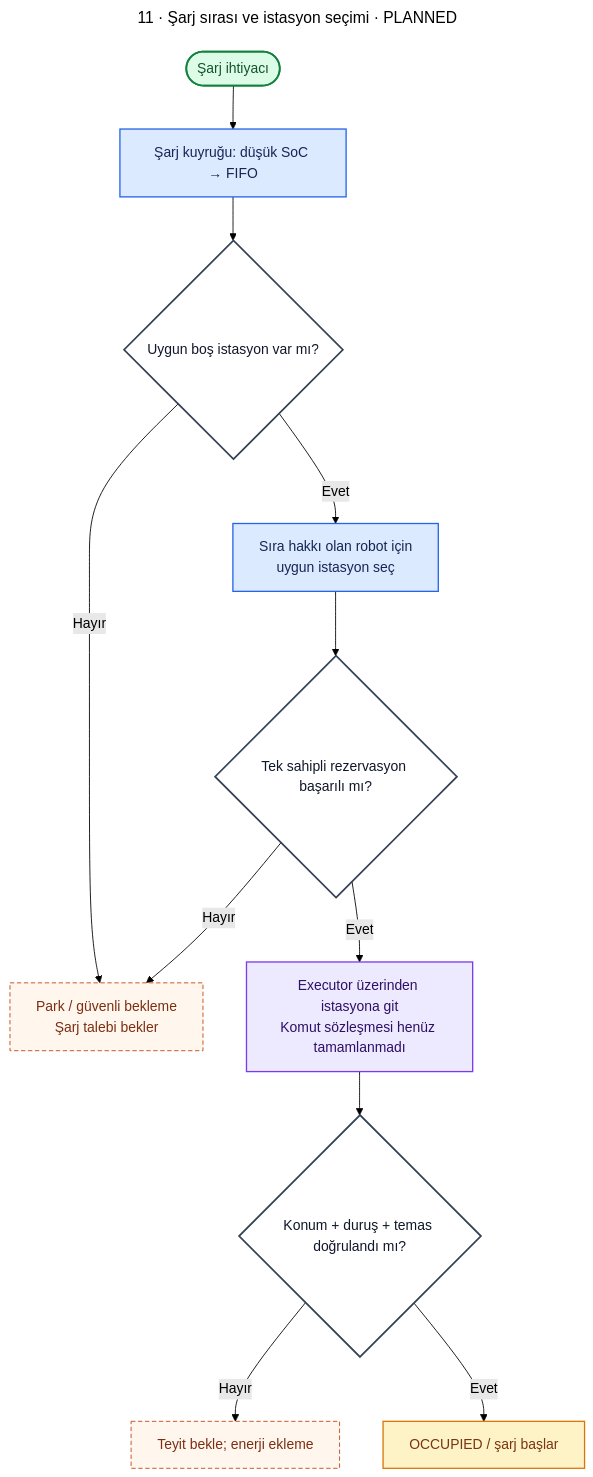
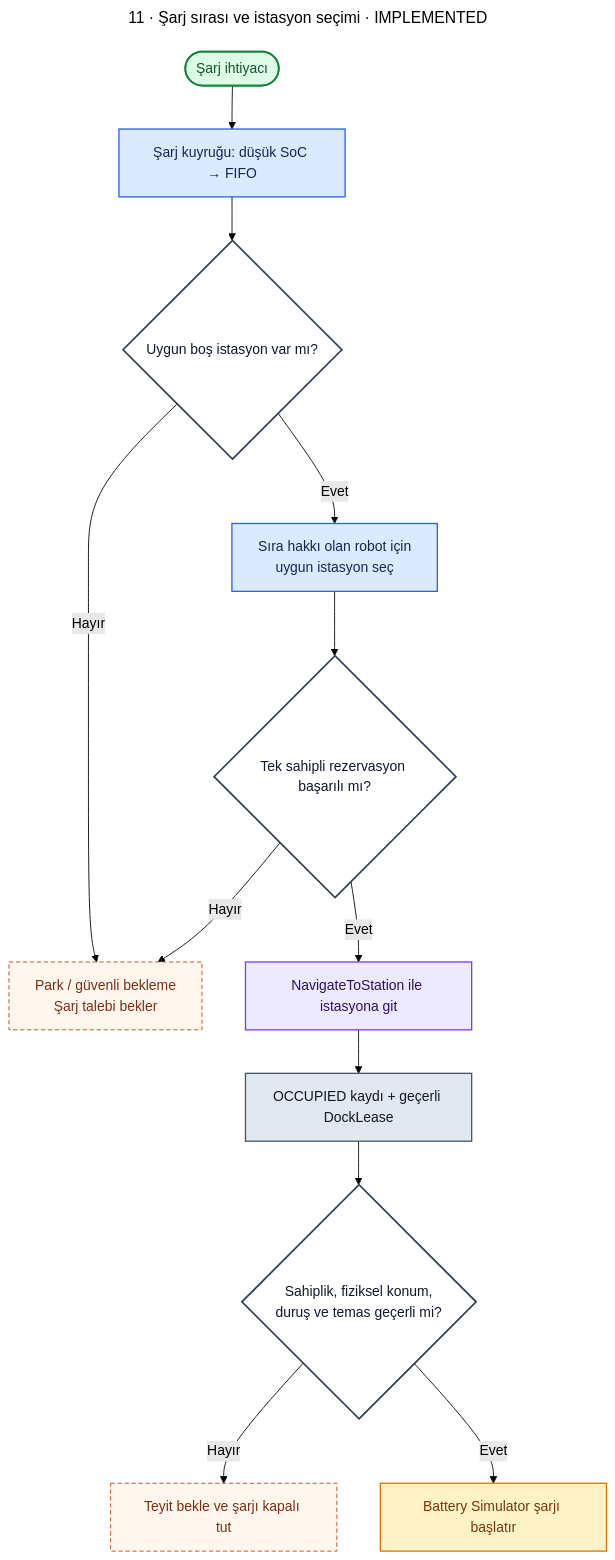
Diagram 11 of 18 in docs/diagrams/README.md (m-gnr/ros2-fleet-manager), drawn with Mermaid (forest theme) before and after one commit. The commit also changed other lines of this file and 36 other files, not shown here.

````diff
--- a/docs/diagrams/README.md
+++ b/docs/diagrams/README.md
@@ -642,27 +647,28 @@
 ```mermaid
 ---
-title: "11 · Şarj sırası ve istasyon seçimi · PLANNED"
+title: "11 · Şarj sırası ve istasyon seçimi · IMPLEMENTED"
 ---
 flowchart TD
  A(["Şarj ihtiyacı"]):::terminal --> Q["Şarj kuyruğu: düşük SoC → FIFO"]:::fm
  Q --> FREE{"Uygun boş istasyon var mı?"}:::decision
  FREE -->|"Hayır"| W["Park / güvenli bekleme<br/>Şarj talebi bekler"]:::wait
  FREE -->|"Evet"| PICK["Sıra hakkı olan robot için<br/>uygun istasyon seç"]:::fm
  PICK --> RES{"Tek sahipli rezervasyon başarılı mı?"}:::decision
  RES -->|"Hayır"| W
- RES -->|"Evet"| NAV["Executor üzerinden istasyona git<br/>Komut sözleşmesi henüz tamamlanmadı"]:::executor
- NAV --> DOCK{"Konum + duruş + temas doğrulandı mı?"}:::decision
- DOCK -->|"Hayır"| WAIT["Teyit bekle; enerji ekleme"]:::wait
- DOCK -->|"Evet"| CH["OCCUPIED / şarj başlar"]:::battery
+ RES -->|"Evet"| NAV["NavigateToStation ile istasyona git"]:::executor
+ NAV --> LEASE["OCCUPIED kaydı + geçerli DockLease"]:::db
+ LEASE --> DOCK{"Sahiplik, fiziksel konum,<br/>duruş ve temas geçerli mi?"}:::decision
+ DOCK -->|"Hayır"| WAIT["Teyit bekle ve şarjı kapalı tut"]:::wait
+ DOCK -->|"Evet"| CH["Battery Simulator şarjı başlatır"]:::battery
 
  classDef fm fill:#dbeafe,stroke:#2563eb,color:#172554,stroke-width:1.5px;
  classDef executor fill:#ede9fe,stroke:#7c3aed,color:#2e1065,stroke-width:1.5px;
  classDef nav fill:#ccfbf1,stroke:#0f766e,color:#134e4a,stroke-width:1.5px;
  classDef battery fill:#fef3c7,stroke:#d97706,color:#78350f,stroke-width:1.5px;
  classDef db fill:#e2e8f0,stroke:#475569,color:#0f172a,stroke-width:1.5px;
  classDef ui fill:#fce7f3,stroke:#be185d,color:#831843,stroke-width:1.5px;
  classDef decision fill:#fff,stroke:#334155,color:#0f172a,stroke-width:2px;
  classDef error fill:#fee2e2,stroke:#dc2626,color:#7f1d1d,stroke-width:2px;
  classDef wait fill:#fff7ed,stroke:#c2410c,color:#7c2d12,stroke-dasharray:5 3;
  classDef terminal fill:#dcfce7,stroke:#15803d,color:#14532d,stroke-width:2px;
 ```
````
